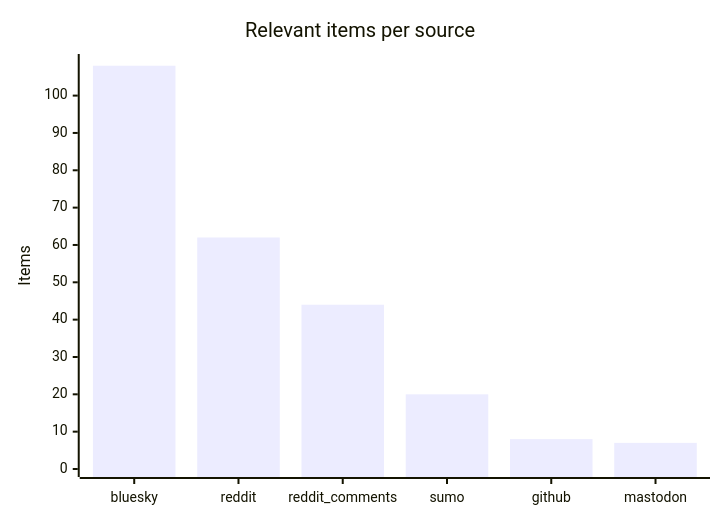
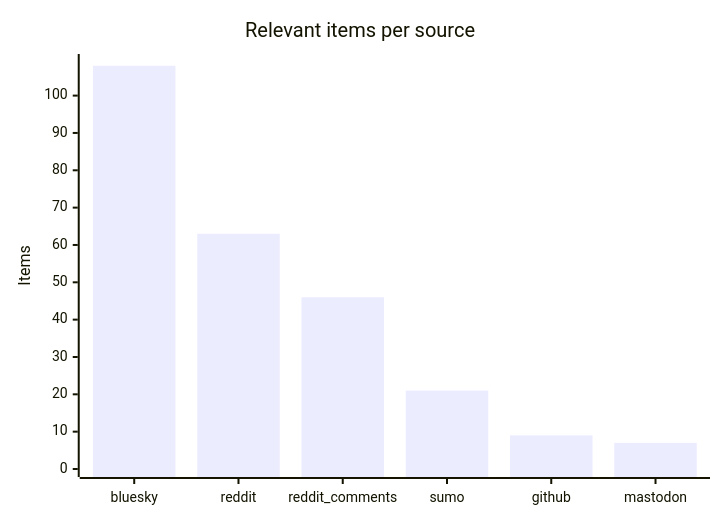
One commit to martinbalfanz/social-scanner-reports changed the third of 4 diagrams in README.md. Above: the diagram before and after it, drawn with Mermaid. The commit also changed other lines of this file and 2 other files, not shown here.

````diff
--- a/README.md
+++ b/README.md
@@ -48,7 +48,7 @@
 ```mermaid
 xychart-beta
     title "Relevant items per source"
     x-axis ["bluesky", "reddit", "reddit_comments", "sumo", "github", "mastodon"]
     y-axis "Items" 0 --> 109
-    bar [108, 62, 44, 20, 8, 7]
+    bar [108, 63, 46, 21, 9, 7]
 ```
````
